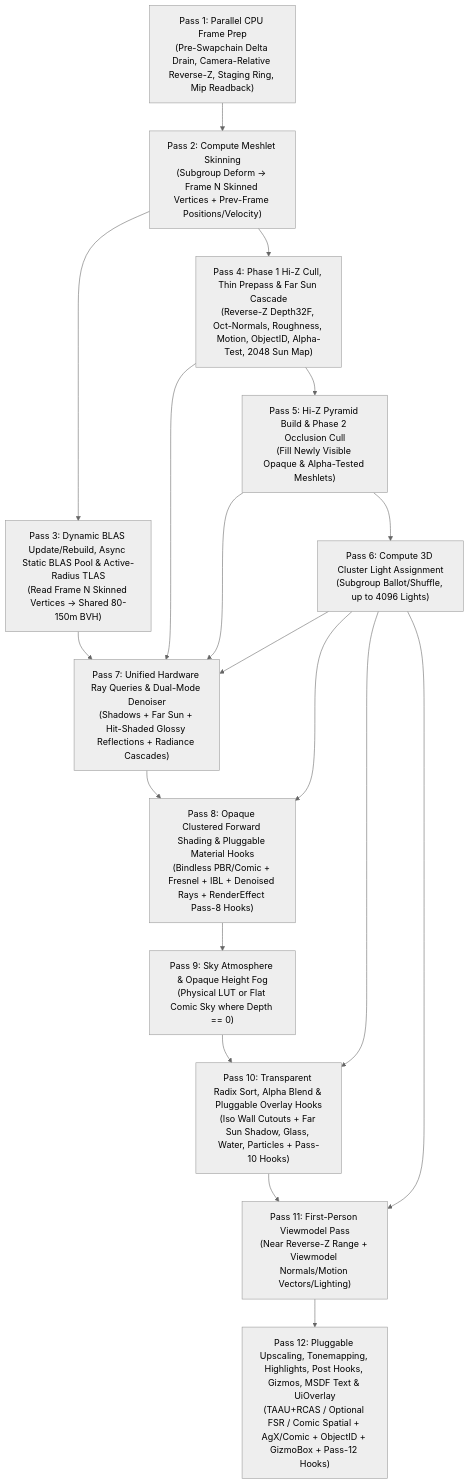
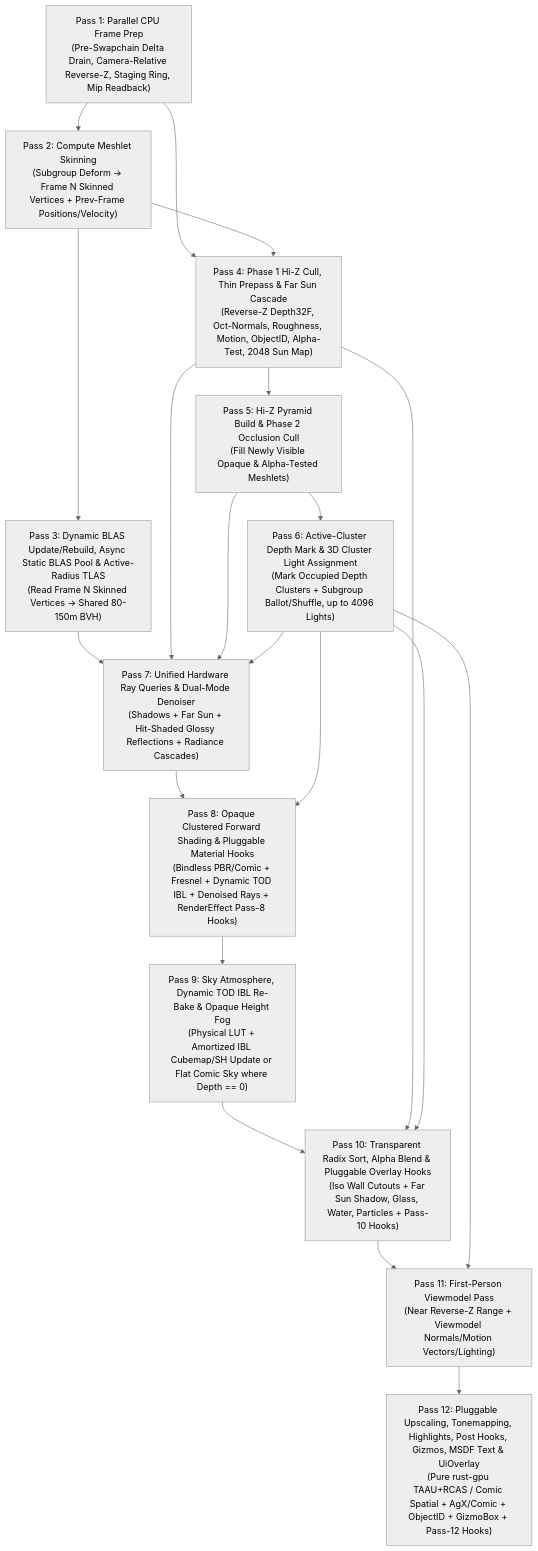
The diagram in docs/graphics-architecture.md (dragon-engine/dragon-engine), drawn with Mermaid (neutral theme) before and after one commit. The commit also changed other lines of this file and 3 other files, not shown here.

First line of the commit message:
Refine graphics specs and wgpu 30.0.1 TODOs

````diff
--- a/docs/graphics-architecture.md
+++ b/docs/graphics-architecture.md
@@ -45,33 +45,35 @@
 ```mermaid
 flowchart TD
     P1["Pass 1: Parallel CPU Frame Prep\n(Pre-Swapchain Delta Drain, Camera-Relative Reverse-Z, Staging Ring, Mip Readback)"]
     P2["Pass 2: Compute Meshlet Skinning\n(Subgroup Deform -> Frame N Skinned Vertices + Prev-Frame Positions/Velocity)"]
     P3["Pass 3: Dynamic BLAS Update/Rebuild, Async Static BLAS Pool & Active-Radius TLAS\n(Read Frame N Skinned Vertices -> Shared 80-150m BVH)"]
     P4["Pass 4: Phase 1 Hi-Z Cull, Thin Prepass & Far Sun Cascade\n(Reverse-Z Depth32F, Oct-Normals, Roughness, Motion, ObjectID, Alpha-Test, 2048 Sun Map)"]
     P5["Pass 5: Hi-Z Pyramid Build & Phase 2 Occlusion Cull\n(Fill Newly Visible Opaque & Alpha-Tested Meshlets)"]
-    P6["Pass 6: Compute 3D Cluster Light Assignment\n(Subgroup Ballot/Shuffle, up to 4096 Lights)"]
+    P6["Pass 6: Active-Cluster Depth Mark & 3D Cluster Light Assignment\n(Mark Occupied Depth Clusters + Subgroup Ballot/Shuffle, up to 4096 Lights)"]
     P7["Pass 7: Unified Hardware Ray Queries & Dual-Mode Denoiser\n(Shadows + Far Sun + Hit-Shaded Glossy Reflections + Radiance Cascades)"]
-    P8["Pass 8: Opaque Clustered Forward Shading & Pluggable Material Hooks\n(Bindless PBR/Comic + Fresnel + IBL + Denoised Rays + RenderEffect Pass-8 Hooks)"]
-    P9["Pass 9: Sky Atmosphere & Opaque Height Fog\n(Physical LUT or Flat Comic Sky where Depth == 0)"]
+    P8["Pass 8: Opaque Clustered Forward Shading & Pluggable Material Hooks\n(Bindless PBR/Comic + Fresnel + Dynamic TOD IBL + Denoised Rays + RenderEffect Pass-8 Hooks)"]
+    P9["Pass 9: Sky Atmosphere, Dynamic TOD IBL Re-Bake & Opaque Height Fog\n(Physical LUT + Amortized IBL Cubemap/SH Update or Flat Comic Sky where Depth == 0)"]
     P10["Pass 10: Transparent Radix Sort, Alpha Blend & Pluggable Overlay Hooks\n(Iso Wall Cutouts + Far Sun Shadow, Glass, Water, Particles + Pass-10 Hooks)"]
     P11["Pass 11: First-Person Viewmodel Pass\n(Near Reverse-Z Range + Viewmodel Normals/Motion Vectors/Lighting)"]
-    P12["Pass 12: Pluggable Upscaling, Tonemapping, Highlights, Post Hooks, Gizmos, MSDF Text & UiOverlay\n(TAAU+RCAS / Optional FSR / Comic Spatial + AgX/Comic + ObjectID + GizmoBox + Pass-12 Hooks)"]
+    P12["Pass 12: Pluggable Upscaling, Tonemapping, Highlights, Post Hooks, Gizmos, MSDF Text & UiOverlay\n(Pure rust-gpu TAAU+RCAS / Comic Spatial + AgX/Comic + ObjectID + GizmoBox + Pass-12 Hooks)"]
 
     P1 --> P2
+    P1 --> P4
     P2 --> P3
     P2 --> P4
     P4 --> P5
     P5 --> P6
     P3 --> P7
     P4 --> P7
     P5 --> P7
     P6 --> P7
     P7 --> P8
     P6 --> P8
     P8 --> P9
     P9 --> P10
+    P4 --> P10
     P6 --> P10
     P10 --> P11
     P6 --> P11
     P11 --> P12
 ```
````
